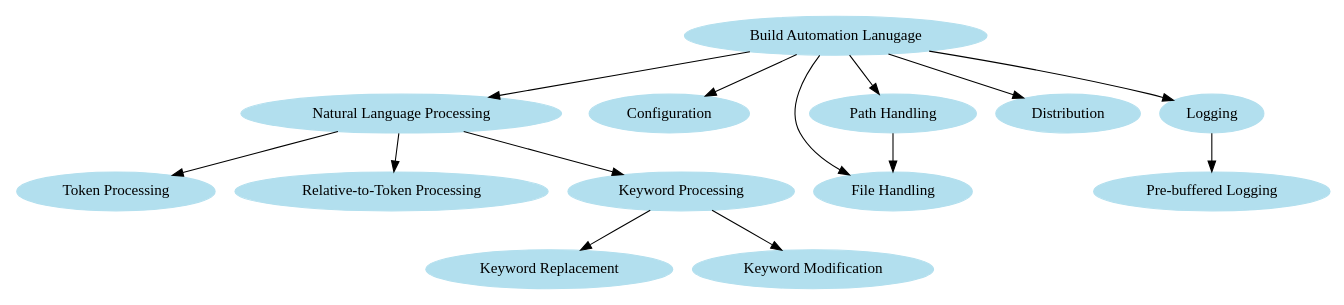
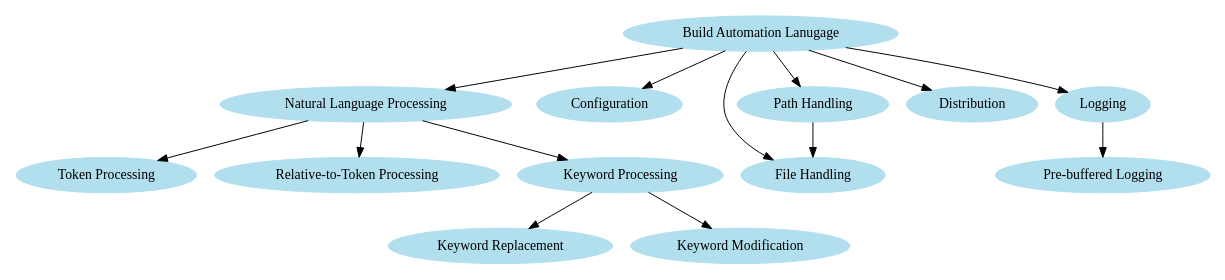
The diagram in design_languages/build_automation_language.rst (fkromer/eswp3), drawn with Graphviz before and after one commit. The commit also changed 3 other files, not shown here.

Commit message:
add:   - sphinx-doc conf.py option needs_sphinx   - info to "python module selection pattern language" change:   - hyperlinks for graphviz nodes in inlined .svg diagram   - update sphinx-doc requirement

```diff
--- a/design_languages/build_automation_language.rst
+++ b/design_languages/build_automation_language.rst
@@ -7,43 +7,43 @@
 .. graphviz::
 
    digraph build_automation_language{
       // styling
-      size="11";
+      size="10";
       node [color=lightblue2, style=filled];
 
       // 1st to 2nd level node transitions
       bal -> ph;
       bal -> cfg;
       bal -> nlp;
       bal -> log;
       bal -> dist;
 
       // 1st to 3rd level node transitions
       bal -> fh;
       
       // 2nd to 3rd level node transitions
       ph -> fh;
       nlp -> kwdp;
       nlp -> tp;
       nlp -> rkwp;
       log -> pblog;
 
       // 3rd to 4th level node transitions
       kwdp -> kwr;
       kwdp -> kwm;
 
       // nodes
       bal [label="Build Automation Lanugage"];
-      ph [label="Path Handling", URL="../design_languages/build_automation_language.html#path-handling"];
-      cfg [label="Configuration", URL="../design_languages/build_automation_language.html#configuration"];
+      ph [label="Path Handling", href="../design_languages/build_automation_language.html#path-handling", target="_top"];
+      cfg [label="Configuration", href="file:///home/florian/ws_github/eswp3/_build/html/design_languages/build_automation_language.html#configuration", target="_top"];
       nlp [label="Natural Language Processing"];
       log [label="Logging"];
       dist [label="Distribution"];
-      fh [label="File Handling", URL="../design_languages/build_automation_language.html#file-handling"];
+      fh [label="File Handling", href="../design_languages/build_automation_language.html#file-handling", target="_top"];
       kwdp [label="Keyword Processing"];
       tp [label="Token Processing"];
       rkwp [label="Relative-to-Token Processing"];
       pblog [label="Pre-buffered Logging"];
       kwr [label="Keyword Replacement"];
       kwm [label="Keyword Modification"];
    }
```
